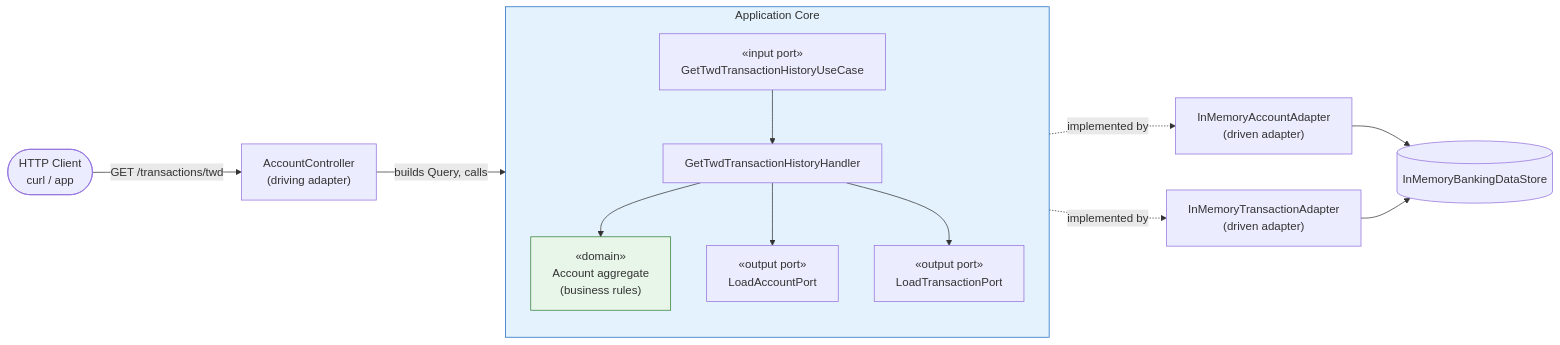
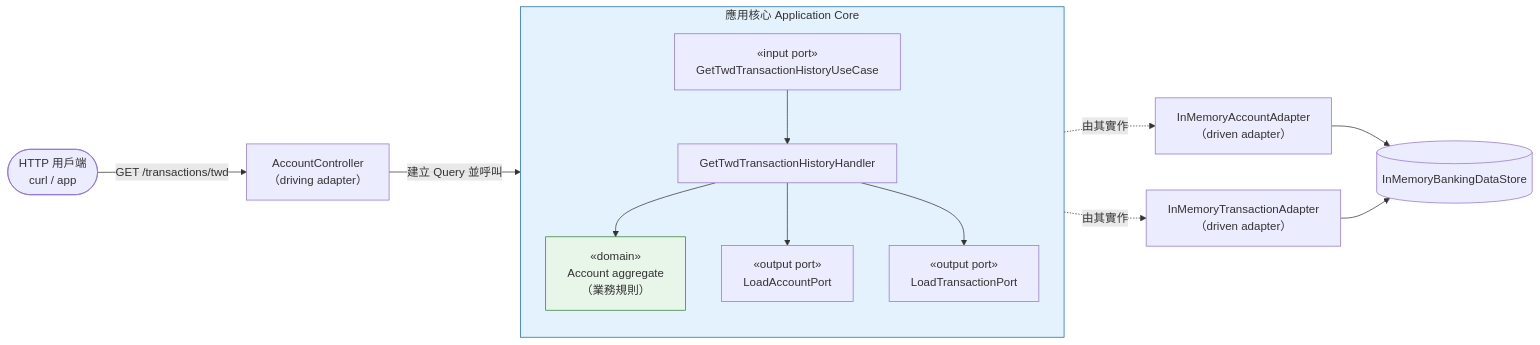
One commit to ChunPingWang/spring-boot-ddd-hexagonal-cqrs-tutorial changed the second of 6 diagrams in README.md. Above: the diagram before and after it, drawn with Mermaid. The commit also changed other lines of this file, not shown here.

````diff
--- a/README.md
+++ b/README.md
@@ -152,32 +148,32 @@
 ```mermaid
 flowchart LR
-    Client(["HTTP Client<br/>curl / app"])
+    Client(["HTTP 用戶端<br/>curl / app"])
 
-    subgraph Core["Application Core"]
+    subgraph Core["應用核心 Application Core"]
         direction TB
         InPort["«input port»<br/>GetTwdTransactionHistoryUseCase"]
         Handler["GetTwdTransactionHistoryHandler"]
         OutPort1["«output port»<br/>LoadAccountPort"]
         OutPort2["«output port»<br/>LoadTransactionPort"]
-        Domain["«domain»<br/>Account aggregate<br/>(business rules)"]
+        Domain["«domain»<br/>Account aggregate<br/>（業務規則）"]
         InPort --> Handler
         Handler --> Domain
         Handler --> OutPort1
         Handler --> OutPort2
     end
 
-    Controller["AccountController<br/>(driving adapter)"]
-    AccAdapter["InMemoryAccountAdapter<br/>(driven adapter)"]
-    TxAdapter["InMemoryTransactionAdapter<br/>(driven adapter)"]
+    Controller["AccountController<br/>（driving adapter）"]
+    AccAdapter["InMemoryAccountAdapter<br/>（driven adapter）"]
+    TxAdapter["InMemoryTransactionAdapter<br/>（driven adapter）"]
     Store[("InMemoryBankingDataStore")]
 
     Client -->|GET /transactions/twd| Controller
-    Controller -->|builds Query, calls| InPort
-    OutPort1 -. implemented by .-> AccAdapter
-    OutPort2 -. implemented by .-> TxAdapter
+    Controller -->|建立 Query 並呼叫| InPort
+    OutPort1 -. 由其實作 .-> AccAdapter
+    OutPort2 -. 由其實作 .-> TxAdapter
     AccAdapter --> Store
     TxAdapter --> Store
 
     style Core fill:#e3f2fd,stroke:#1565c0
     style Domain fill:#e8f5e9,stroke:#2e7d32
 ```
````
